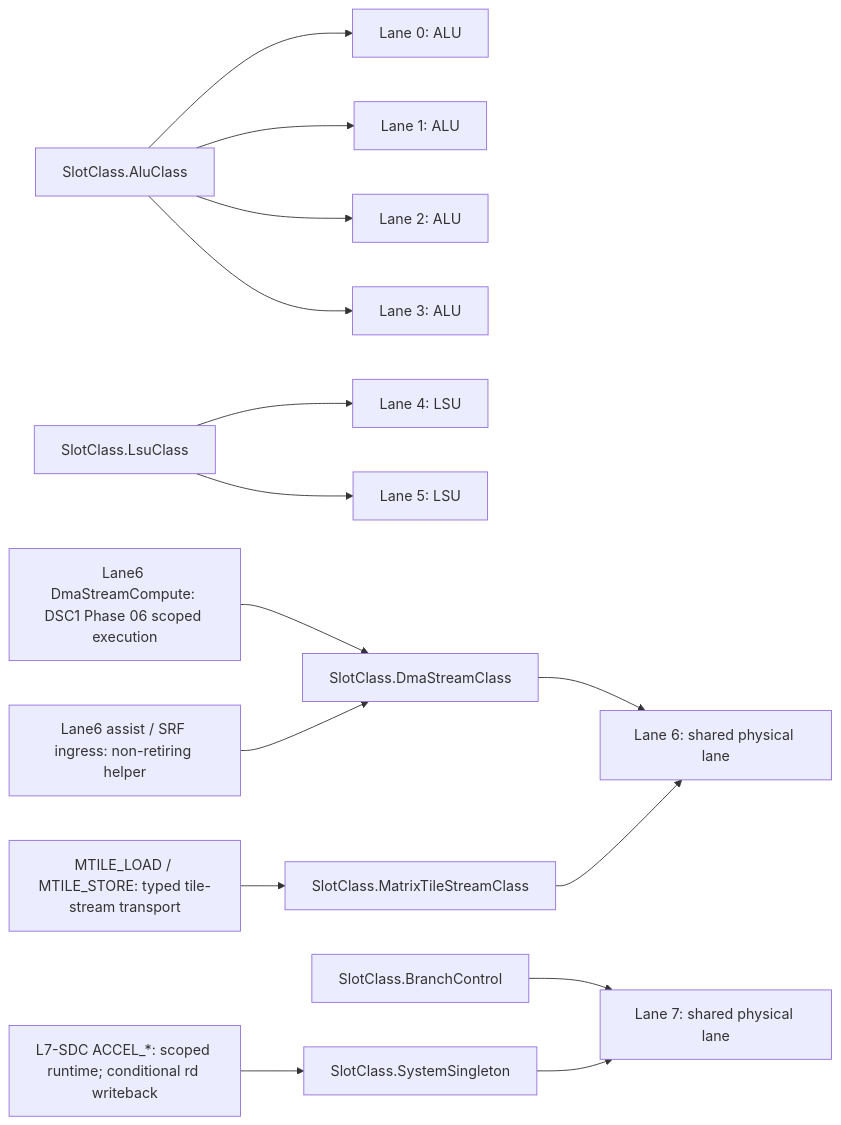
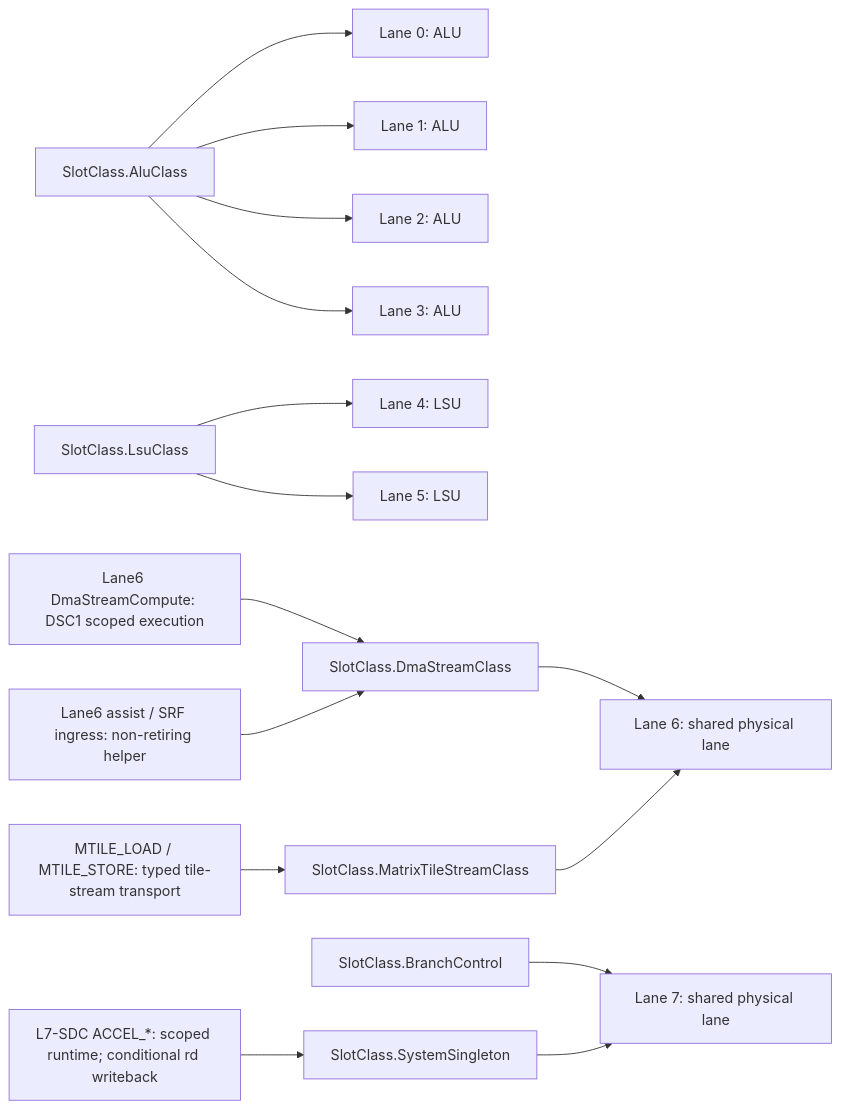
One commit to yuriyyak23/HybridCPU-v2 changed the first of 15 diagrams in README.md. Above: the diagram before and after it, drawn with Mermaid. The commit also changed other lines of this file, not shown here.

````diff
--- a/README.md
+++ b/README.md
@@ -268,17 +267,17 @@
 ```mermaid
 flowchart LR
     ALU["SlotClass.AluClass"] --> L0["Lane 0: ALU"]
     ALU --> L1["Lane 1: ALU"]
     ALU --> L2["Lane 2: ALU"]
     ALU --> L3["Lane 3: ALU"]
     LSU["SlotClass.LsuClass"] --> L4["Lane 4: LSU"]
     LSU --> L5["Lane 5: LSU"]
     DMA["SlotClass.DmaStreamClass"] --> L6["Lane 6: shared physical lane"]
     MTMEM["SlotClass.MatrixTileStreamClass"] --> L6
-    DSC["Lane6 DmaStreamCompute: DSC1 Phase 06 scoped execution"] --> DMA
+    DSC["Lane6 DmaStreamCompute: DSC1 scoped execution"] --> DMA
     ASSIST6["Lane6 assist / SRF ingress: non-retiring helper"] --> DMA
     MTILE["MTILE_LOAD / MTILE_STORE: typed tile-stream transport"] --> MTMEM
     BR["SlotClass.BranchControl"] --> L7["Lane 7: shared physical lane"]
     SYS["SlotClass.SystemSingleton"] --> L7
     L7SDC["L7-SDC ACCEL_*: scoped runtime; conditional rd writeback"] --> SYS
 ```
````
